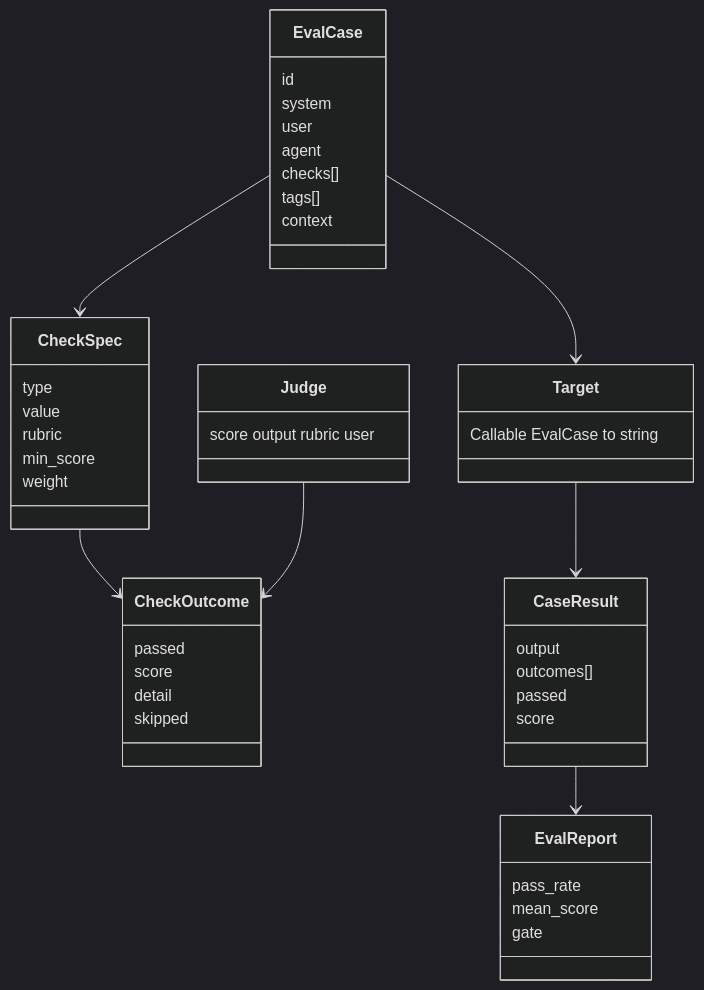
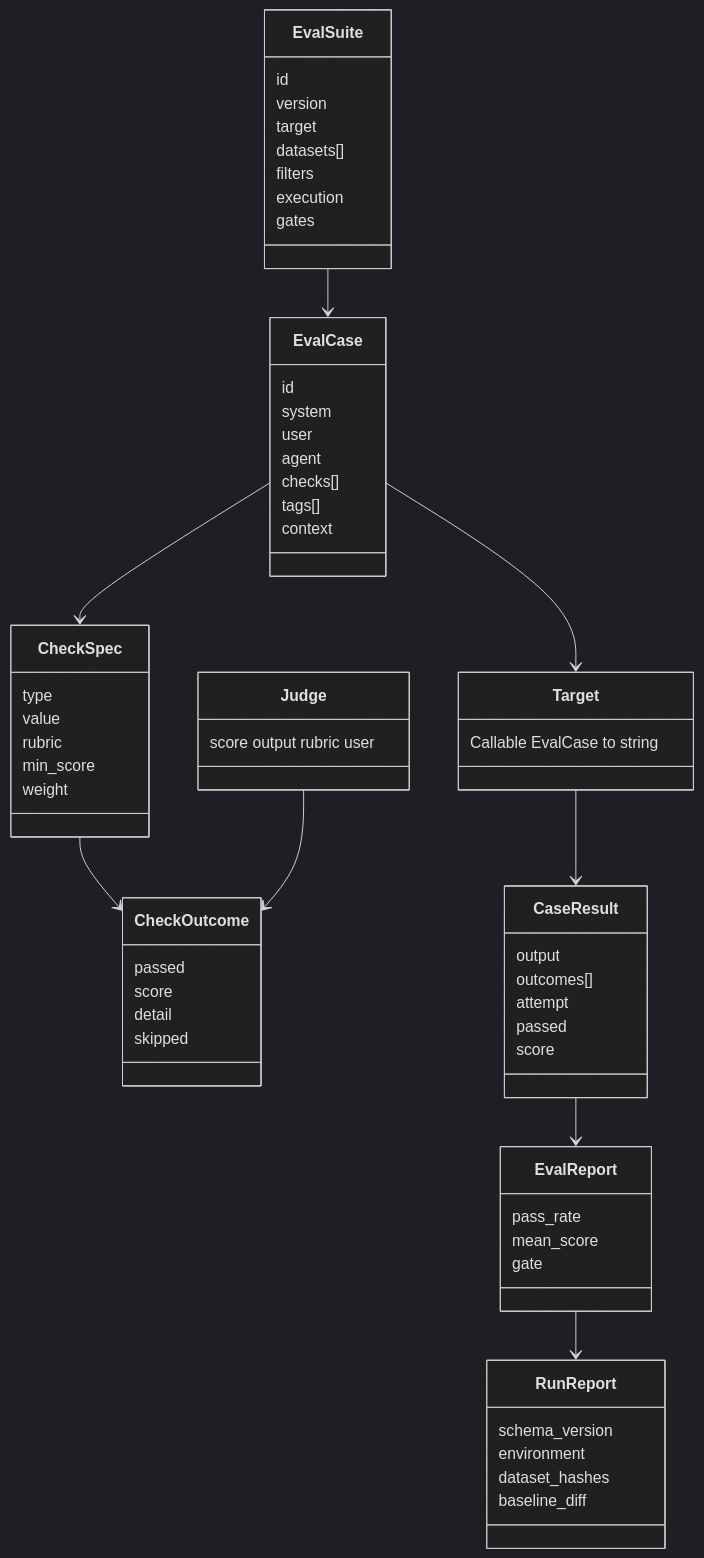
Before and after one commit to leo-cai-ai/agentkit: the second of 4 diagrams in docs/framework/08_EVALUATION_OBSERVABILITY_AND_COST.md, drawn with Mermaid (dark theme). The commit also changed other lines of this file and 18 other files, not shown here.

````diff
--- a/docs/framework/08_EVALUATION_OBSERVABILITY_AND_COST.md
+++ b/docs/framework/08_EVALUATION_OBSERVABILITY_AND_COST.md
@@ -47,48 +50,66 @@
 ```mermaid
 classDiagram
     class EvalCase {
       id
       system
       user
       agent
       checks[]
       tags[]
       context
     }
     class Target {
       Callable EvalCase to string
+    }
+    class EvalSuite {
+      id
+      version
+      target
+      datasets[]
+      filters
+      execution
+      gates
     }
     class CheckSpec {
       type
       value
       rubric
       min_score
       weight
     }
     class Judge {
       score output rubric user
     }
     class CheckOutcome {
       passed
       score
       detail
       skipped
     }
     class CaseResult {
       output
       outcomes[]
+      attempt
       passed
       score
     }
     class EvalReport {
       pass_rate
       mean_score
       gate
     }
+    class RunReport {
+      schema_version
+      environment
+      dataset_hashes
+      baseline_diff
+    }
+    EvalSuite --> EvalCase
     EvalCase --> Target
     EvalCase --> CheckSpec
     Target --> CaseResult
     CheckSpec --> CheckOutcome
     Judge --> CheckOutcome
     CaseResult --> EvalReport
+    EvalReport --> RunReport
 ```
````
